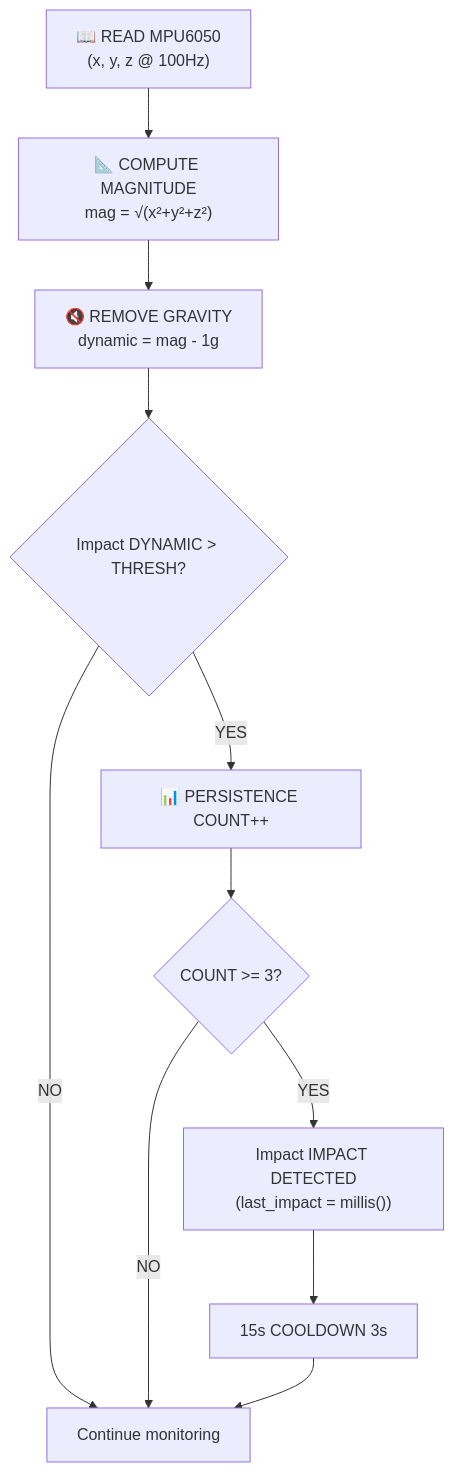
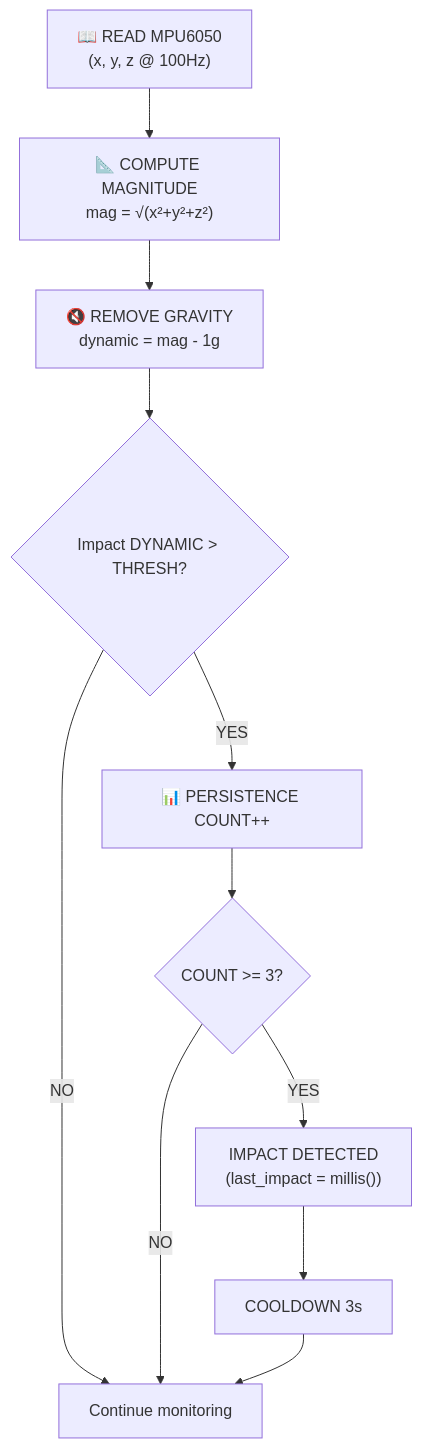
One commit to qppd/smart-vehicle-impact-detection-device changed the third of 7 diagrams in docs/FLOWCHART.md. Above: the diagram before and after it, drawn with Mermaid. The commit also changed other lines of this file and 10 other files, not shown here.

````diff
--- a/docs/FLOWCHART.md
+++ b/docs/FLOWCHART.md
@@ -72,13 +73,13 @@
 ```mermaid
 flowchart TD
     READ["📖 READ MPU6050<br/>(x, y, z @ 100Hz)"] --> MAG["📐 COMPUTE MAGNITUDE<br/>mag = √(x²+y²+z²)"]
     MAG --> GRAVITY["🔇 REMOVE GRAVITY<br/>dynamic = mag - 1g"]
     GRAVITY --> THRESH{"Impact DYNAMIC > THRESH?"}
     THRESH -->|NO| MONITOR["Continue monitoring"]
     THRESH -->|YES| PERSIST["📊 PERSISTENCE COUNT++"]
     PERSIST --> COUNT{"COUNT >= 3?"}
     COUNT -->|NO| MONITOR
-    COUNT -->|YES| DETECT["Impact IMPACT DETECTED<br/>(last_impact = millis())"]
-    DETECT --> COOLDOWN["15s COOLDOWN 3s"]
+    COUNT -->|YES| DETECT["IMPACT DETECTED<br/>(last_impact = millis())"]
+    DETECT --> COOLDOWN["COOLDOWN 3s"]
     COOLDOWN --> MONITOR
 ```
````
